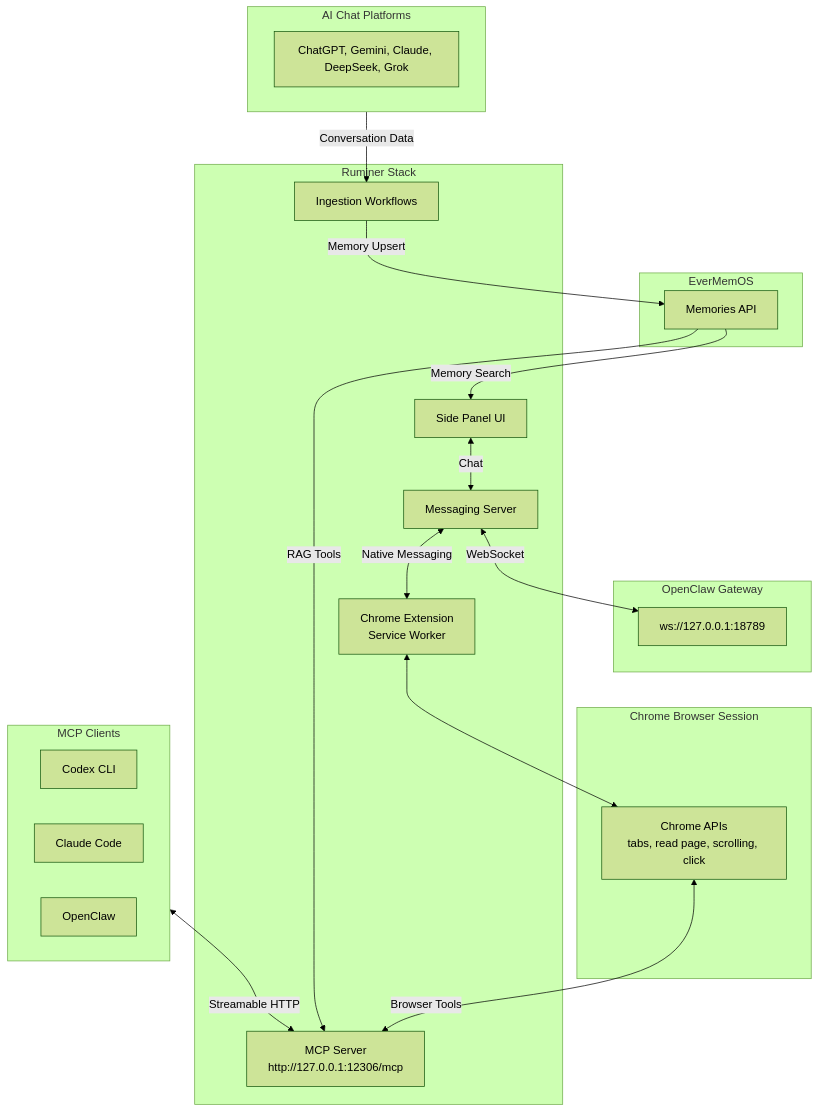
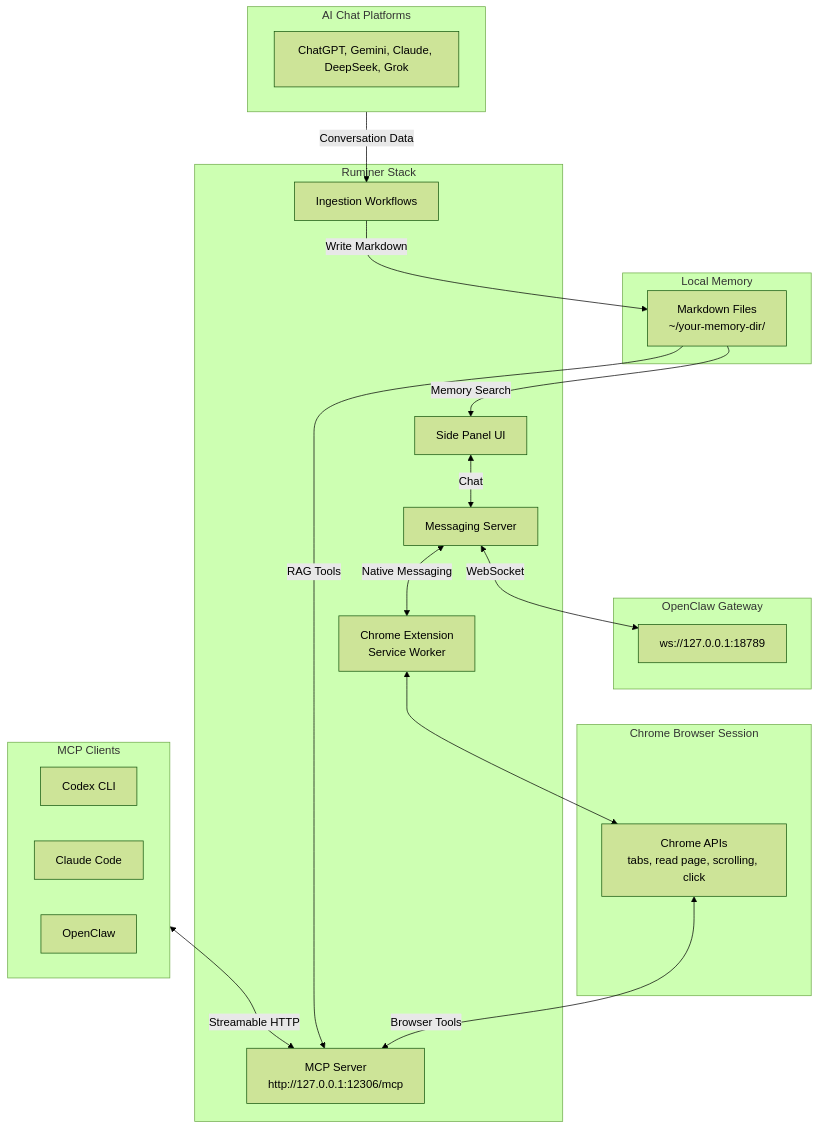
Before and after one commit to casterkay/ruminer-browser-agent: the diagram in README.md, drawn with Mermaid (forest theme). The commit also changed other lines of this file and 1 other file, not shown here.

Commit message:
fix: update README to clarify memory management and export functionality, and add opc-doc to .gitignore

````diff
--- a/README.md
+++ b/README.md
@@ -25,47 +25,47 @@
 ```mermaid
 flowchart TB
     subgraph MCP_Clients[MCP Clients]
         Codex[Codex CLI]
         ClaudeCode[Claude Code]
         OpenClawPlugin[OpenClaw]
     end
 
     subgraph OpenClaw[OpenClaw Gateway]
         Gateway[ws://127.0.0.1:18789]
     end
 
     subgraph Ruminer[Ruminer Stack]
         NativeServer[Messaging Server]
         McpServer[MCP Server<br/>http://127.0.0.1:12306/mcp]
         Extension[Chrome Extension<br/>Service Worker]
         Sidepanel[Side Panel UI]
         Workflows[Ingestion Workflows]
     end
 
     subgraph Chrome[Chrome Browser Session]
         APIs[Chrome APIs<br/>tabs, read page, scrolling, click]
     end
 
-    subgraph Memory[EverMemOS]
-        EMOS[Memories API]
+    subgraph Memory[Local Memory]
+        LocalMD[Markdown Files<br/>~/your-memory-dir/]
     end
 
     subgraph AIPlatforms[AI Chat Platforms]
         ChatPlatforms[ChatGPT, Gemini, Claude, DeepSeek, Grok]
     end
 
     MCP_Clients <-->|"Streamable HTTP"| McpServer
     APIs <-->|"Browser Tools"| McpServer
-    EMOS -->|"RAG Tools"| McpServer
+    LocalMD -->|"RAG Tools"| McpServer
 
     NativeServer <-->|"Native Messaging"| Extension
     Extension <--> APIs
 
     Sidepanel <-->|"Chat"| NativeServer
     NativeServer <-->|"WebSocket"| Gateway
 
-    Workflows -->|"Memory Upsert"| EMOS
-    EMOS -->|"Memory Search"| Sidepanel
+    Workflows -->|"Write Markdown"| LocalMD
+    LocalMD -->|"Memory Search"| Sidepanel
 
     AIPlatforms -->|"Conversation Data"| Workflows
 ```
````
